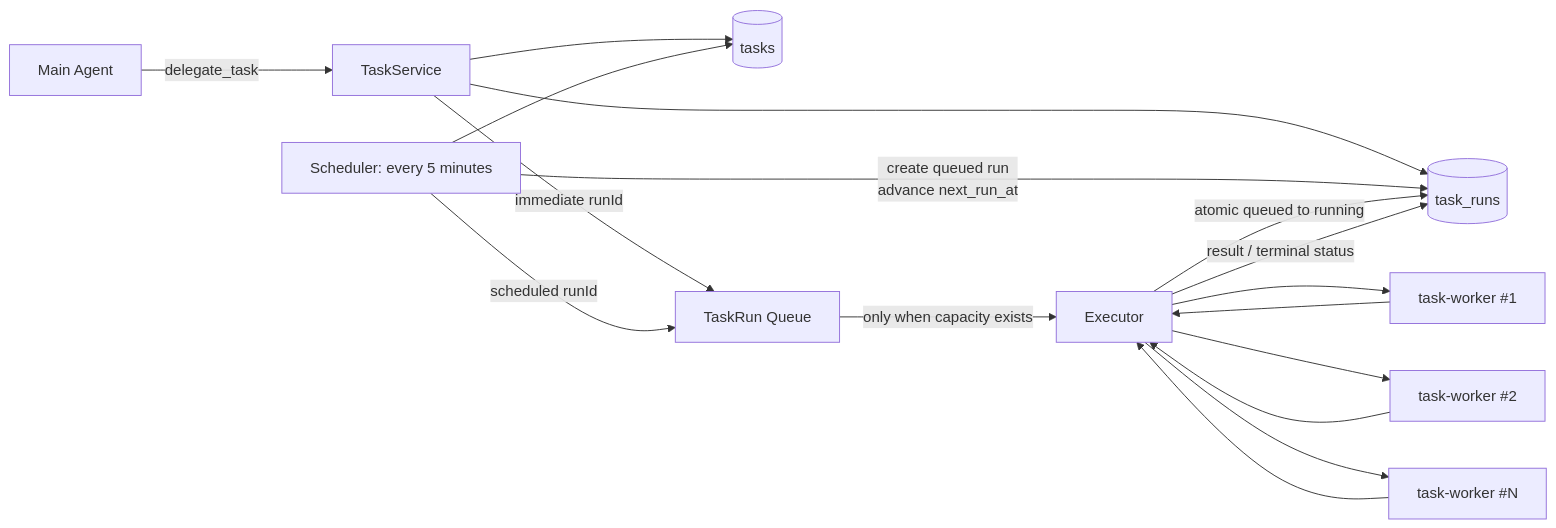
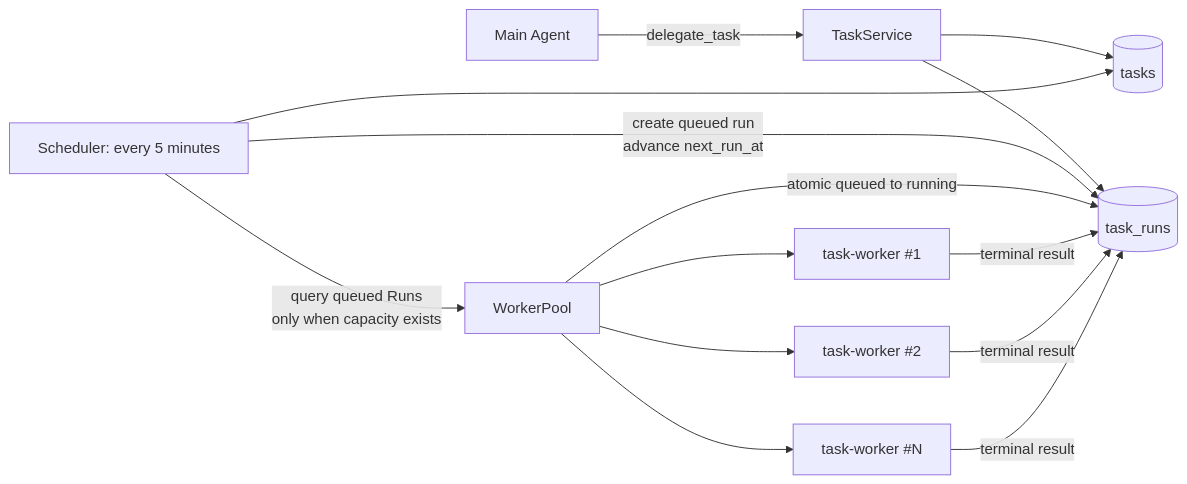
The first of 2 diagrams in plan/2026-09-26-agent-task-system.md (huiru-wang/fanto), drawn with Mermaid before and after one commit. The commit also changed other lines of this file and 38 other files, not shown here.

````diff
--- a/plan/2026-09-26-agent-task-system.md
+++ b/plan/2026-09-26-agent-task-system.md
@@ -34,19 +40,16 @@
 ```mermaid
 flowchart LR
     M[Main Agent] -->|delegate_task| SVC[TaskService]
     SVC --> TASKS[(tasks)]
     SVC --> RUNS[(task_runs)]
-    SVC -->|immediate runId| Q[TaskRun Queue]
     SCH[Scheduler: every 5 minutes] --> TASKS
     SCH -->|create queued run<br/>advance next_run_at| RUNS
-    SCH -->|scheduled runId| Q
-    Q -->|only when capacity exists| EX[Executor]
-    EX -->|atomic queued to running| RUNS
-    EX --> W1[task-worker #1]
-    EX --> W2[task-worker #2]
-    EX --> WN[task-worker #N]
-    W1 --> EX
-    W2 --> EX
-    WN --> EX
-    EX -->|result / terminal status| RUNS
+    SCH -->|query queued Runs<br/>only when capacity exists| POOL[WorkerPool]
+    POOL -->|atomic queued to running| RUNS
+    POOL --> W1[task-worker #1]
+    POOL --> W2[task-worker #2]
+    POOL --> WN[task-worker #N]
+    W1 -->|terminal result| RUNS
+    W2 -->|terminal result| RUNS
+    WN -->|terminal result| RUNS
 ```
````
